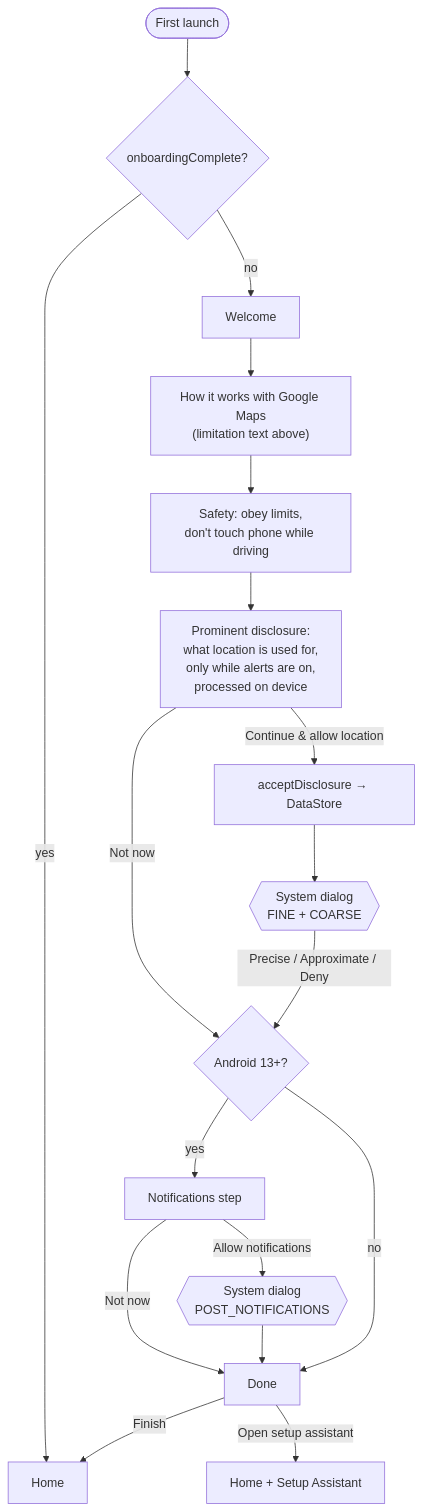
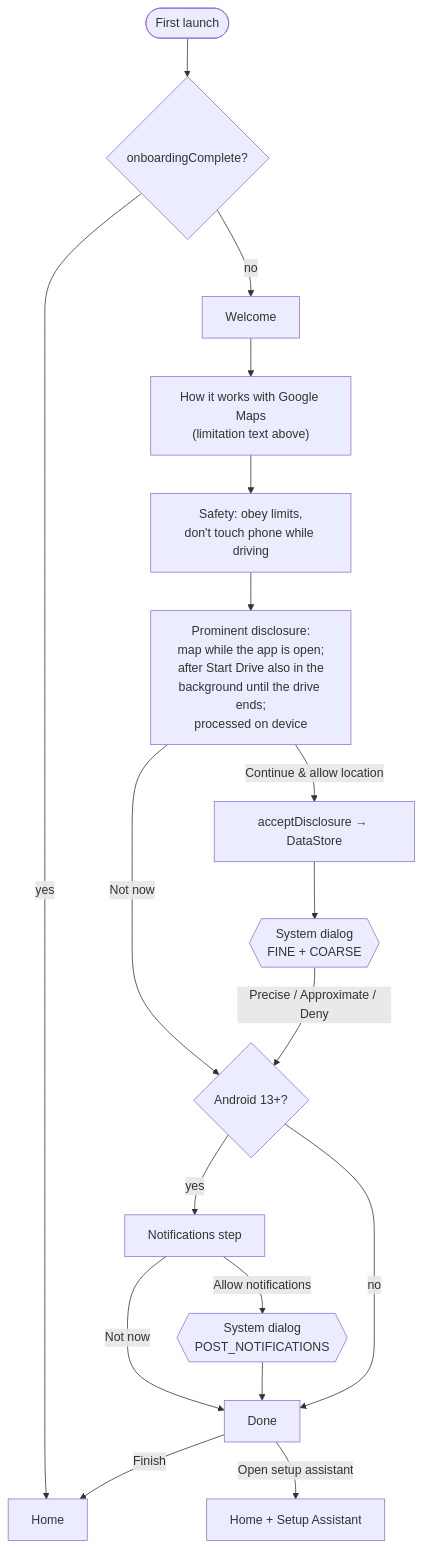
The first of 8 diagrams in docs/03-user-flows.md (Ansh1040/map), drawn with Mermaid before and after one commit. The commit also changed other lines of this file and 72 other files, not shown here.

````diff
--- a/docs/03-user-flows.md
+++ b/docs/03-user-flows.md
@@ -19,20 +19,20 @@
 ```mermaid
 flowchart TD
   S([First launch]) --> R{onboardingComplete?}
   R -- yes --> HOME[Home]
   R -- no --> W[Welcome]
   W --> HIW["How it works with Google Maps<br/>(limitation text above)"]
   HIW --> SAF["Safety: obey limits,<br/>don't touch phone while driving"]
-  SAF --> LOC["Prominent disclosure:<br/>what location is used for,<br/>only while alerts are on,<br/>processed on device"]
+  SAF --> LOC["Prominent disclosure:<br/>map while the app is open;<br/>after Start Drive also in the<br/>background until the drive ends;<br/>processed on device"]
   LOC -- "Continue & allow location" --> ACC[acceptDisclosure → DataStore]
   ACC --> SYS1{{"System dialog<br/>FINE + COARSE"}}
   LOC -- "Not now" --> N
   SYS1 -- "Precise / Approximate / Deny" --> N{Android 13+?}
   N -- yes --> NOT[Notifications step]
   NOT -- "Allow notifications" --> SYS2{{"System dialog<br/>POST_NOTIFICATIONS"}}
   NOT -- "Not now" --> DONE
   SYS2 --> DONE
   N -- no --> DONE[Done]
   DONE -- "Open setup assistant" --> SA[Home + Setup Assistant]
   DONE -- "Finish" --> HOME
 ```
````
